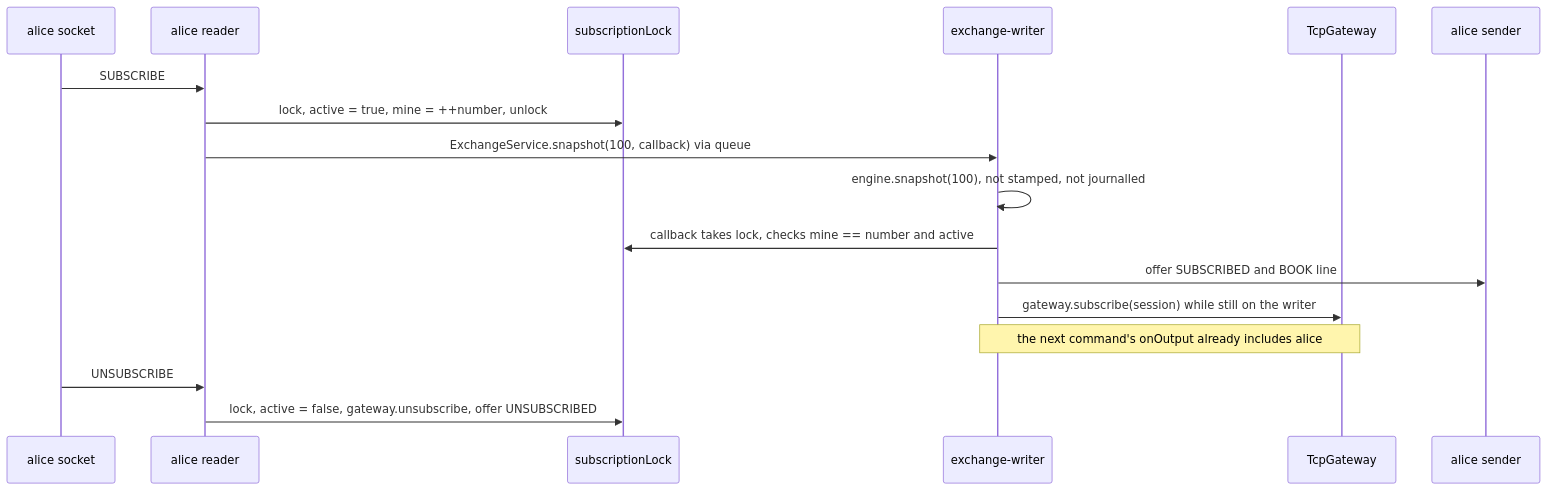
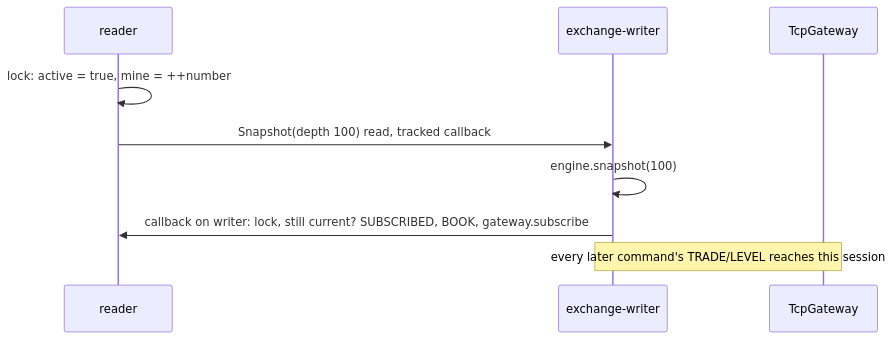
Before and after one commit to SampannaNampalli/ExchangeSystem: the fourth of 4 diagrams in docs/understanding/05a-core-flows-trading.md, drawn with Mermaid. The commit also changed other lines of this file and 30 other files, not shown here.

````diff
--- a/docs/understanding/05a-core-flows-trading.md
+++ b/docs/understanding/05a-core-flows-trading.md
@@ -681,19 +401,11 @@
 ```mermaid
 sequenceDiagram
-    participant A as alice socket
-    participant AR as alice reader
-    participant L as subscriptionLock
+    participant R as reader
     participant W as exchange-writer
     participant G as TcpGateway
-    participant AS as alice sender
-    A->>AR: SUBSCRIBE
-    AR->>L: lock, active = true, mine = ++number, unlock
-    AR->>W: ExchangeService.snapshot(100, callback) via queue
-    W->>W: engine.snapshot(100), not stamped, not journalled
-    W->>L: callback takes lock, checks mine == number and active
-    W->>AS: offer SUBSCRIBED and BOOK line
-    W->>G: gateway.subscribe(session) while still on the writer
-    Note over W,G: the next command's onOutput already includes alice
-    A->>AR: UNSUBSCRIBE
-    AR->>L: lock, active = false, gateway.unsubscribe, offer UNSUBSCRIBED
+    R->>R: lock: active = true, mine = ++number
+    R->>W: Snapshot(depth 100) read, tracked callback
+    W->>W: engine.snapshot(100)
+    W->>R: callback on writer: lock, still current? SUBSCRIBED, BOOK, gateway.subscribe
+    Note over W,G: every later command's TRADE/LEVEL reaches this session
 ```
````
